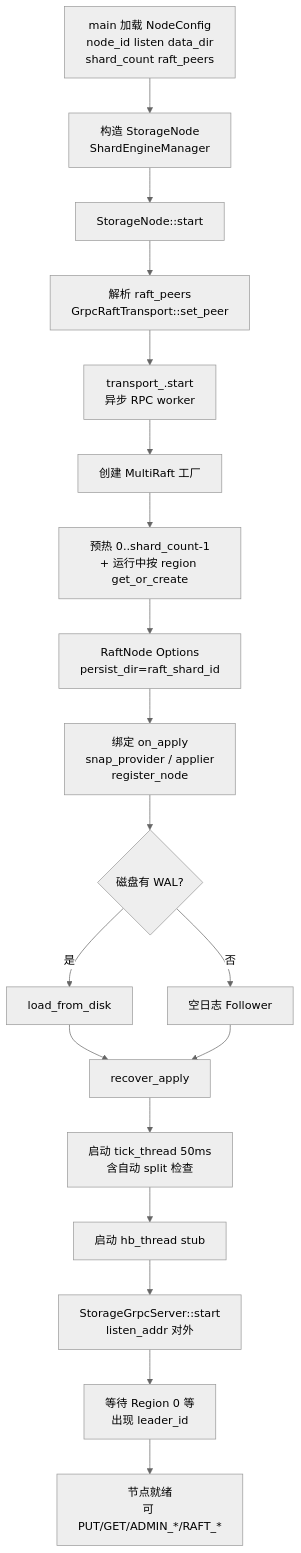
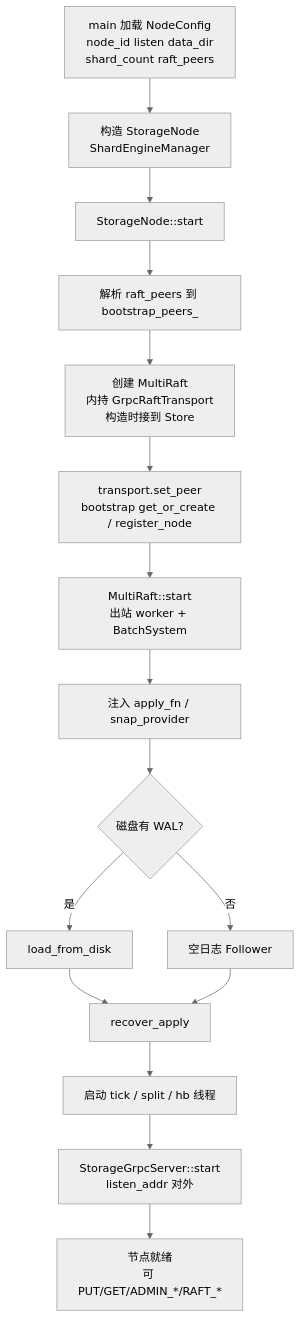
Before and after one commit to devotionalist/openkv: the first of 2 diagrams in docs/flows/07-storage-startup.md, drawn with Mermaid (neutral theme). The commit also changed other lines of this file and 196 other files, not shown here.

First line of the commit message:
Fold Storage Raft writes into Store and adopt Google C++20 formatting.

````diff
--- a/docs/flows/07-storage-startup.md
+++ b/docs/flows/07-storage-startup.md
@@ -7,21 +7,18 @@
 ```mermaid
 flowchart TD
   A[main 加载 NodeConfig<br/>node_id listen data_dir<br/>shard_count raft_peers] --> B[构造 StorageNode<br/>ShardEngineManager]
   B --> C[StorageNode::start]
-  C --> D[解析 raft_peers<br/>GrpcRaftTransport::set_peer]
-  D --> E[transport_.start<br/>异步 RPC worker]
-  E --> F[创建 MultiRaft 工厂]
-  F --> G[预热 0..shard_count-1<br/>+ 运行中按 region get_or_create]
-  G --> H[RaftNode Options<br/>persist_dir=raft_shard_id]
-  H --> I[绑定 on_apply<br/>snap_provider / applier<br/>register_node]
-  I --> J{磁盘有 WAL?}
-  J -->|是| K[load_from_disk]
-  J -->|否| L[空日志 Follower]
-  K --> M[recover_apply]
-  L --> M
-  M --> N[启动 tick_thread 50ms<br/>含自动 split 检查]
-  N --> O[启动 hb_thread stub]
-  O --> P[StorageGrpcServer::start<br/>listen_addr 对外]
-  P --> Q[等待 Region 0 等<br/>出现 leader_id]
-  Q --> R[节点就绪<br/>可 PUT/GET/ADMIN_*/RAFT_*]
+  C --> D[解析 raft_peers 到 bootstrap_peers_]
+  D --> E[创建 MultiRaft<br/>内持 GrpcRaftTransport<br/>构造时接到 Store]
+  E --> F[transport.set_peer<br/>bootstrap get_or_create / register_node]
+  F --> G[MultiRaft::start<br/>出站 worker + BatchSystem]
+  G --> H[注入 apply_fn / snap_provider]
+  H --> I{磁盘有 WAL?}
+  I -->|是| J[load_from_disk]
+  I -->|否| K[空日志 Follower]
+  J --> L[recover_apply]
+  K --> L
+  L --> M[启动 tick / split / hb 线程]
+  M --> N[StorageGrpcServer::start<br/>listen_addr 对外]
+  N --> O[节点就绪<br/>可 PUT/GET/ADMIN_*/RAFT_*]
 ```
````
